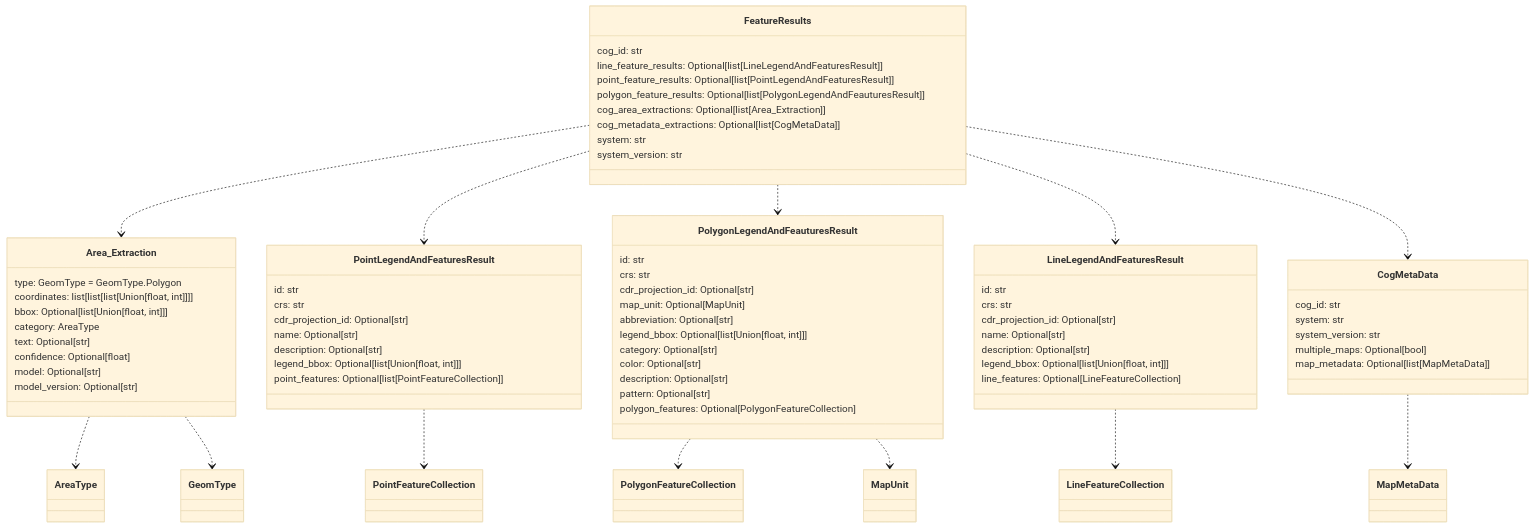
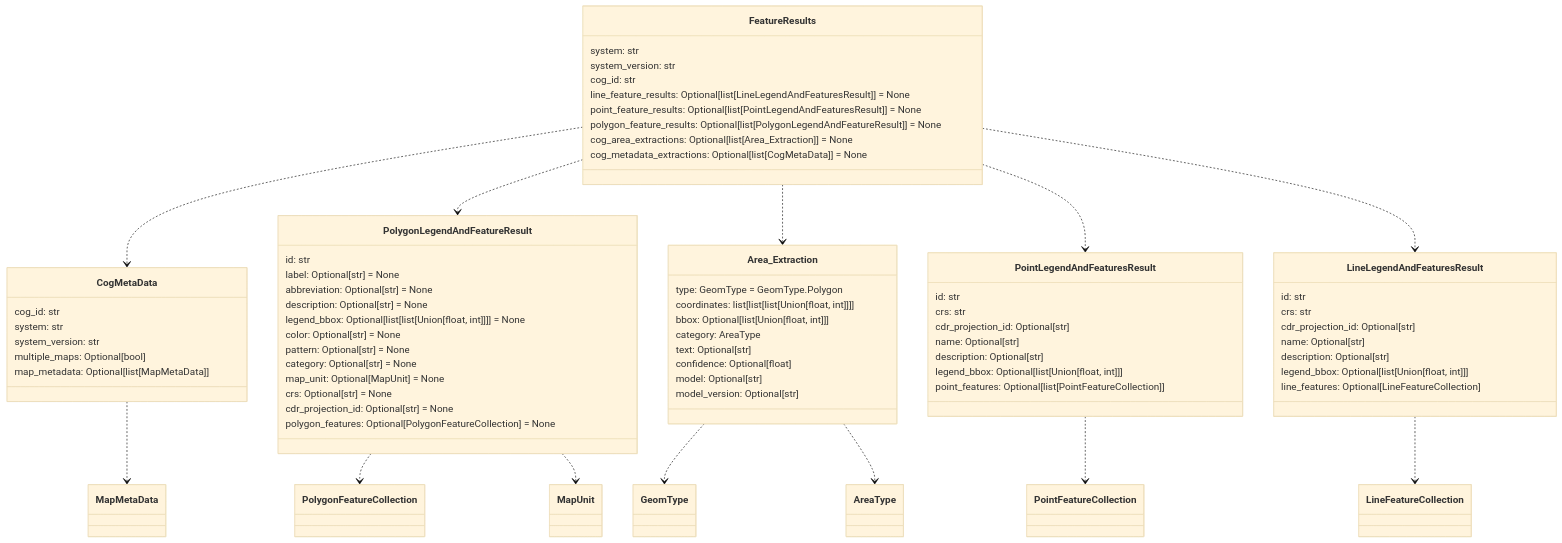
The fourth of 12 diagrams in README.md (DARPA-CRITICALMAAS/cdr_schemas), drawn with Mermaid (base theme) before and after one commit. The commit also changed other lines of this file and 2 other files, not shown here.

````diff
--- a/README.md
+++ b/README.md
@@ -251,82 +251,83 @@
 ```mermaid
 classDiagram
+
+    class FeatureResults {
+        system: str
+        system_version: str
+        cog_id: str
+        line_feature_results: Optional[list[LineLegendAndFeaturesResult]] = None
+        point_feature_results: Optional[list[PointLegendAndFeaturesResult]] = None
+        polygon_feature_results: Optional[list[PolygonLegendAndFeatureResult]] = None
+        cog_area_extractions: Optional[list[Area_Extraction]] = None
+        cog_metadata_extractions: Optional[list[CogMetaData]] = None
+    }
+
+    class CogMetaData {
+        cog_id: str
+        system: str
+        system_version: str
+        multiple_maps: Optional[bool]
+        map_metadata: Optional[list[MapMetaData]]
+    }
+
+    class PolygonLegendAndFeatureResult {
+        id: str
+        label: Optional[str] = None
+        abbreviation: Optional[str] = None
+        description: Optional[str] = None
+        legend_bbox: Optional[list[list[Union[float, int]]]] = None
+        color: Optional[str] = None
+        pattern: Optional[str] = None
+        category: Optional[str] = None
+        map_unit: Optional[MapUnit] = None
+        crs: Optional[str] = None
+        cdr_projection_id: Optional[str] = None
+        polygon_features: Optional[PolygonFeatureCollection] = None
+    }
 
     class Area_Extraction {
         type: GeomType = GeomType.Polygon
         coordinates: list[list[list[Union[float, int]]]]
         bbox: Optional[list[Union[float, int]]]
         category: AreaType
         text: Optional[str]
         confidence: Optional[float]
         model: Optional[str]
         model_version: Optional[str]
     }
 
     class PointLegendAndFeaturesResult {
         id: str
         crs: str
         cdr_projection_id: Optional[str]
         name: Optional[str]
         description: Optional[str]
         legend_bbox: Optional[list[Union[float, int]]]
         point_features: Optional[list[PointFeatureCollection]]
     }
 
-    class PolygonLegendAndFeauturesResult {
-        id: str
-        crs: str
-        cdr_projection_id: Optional[str]
-        map_unit: Optional[MapUnit]
-        abbreviation: Optional[str]
-        legend_bbox: Optional[list[Union[float, int]]]
-        category: Optional[str]
-        color: Optional[str]
-        description: Optional[str]
-        pattern: Optional[str]
-        polygon_features: Optional[PolygonFeatureCollection]
-    }
-
     class LineLegendAndFeaturesResult {
         id: str
         crs: str
         cdr_projection_id: Optional[str]
         name: Optional[str]
         description: Optional[str]
         legend_bbox: Optional[list[Union[float, int]]]
         line_features: Optional[LineFeatureCollection]
     }
 
-    class FeatureResults {
-        cog_id: str
-        line_feature_results: Optional[list[LineLegendAndFeaturesResult]]
-        point_feature_results: Optional[list[PointLegendAndFeaturesResult]]
-        polygon_feature_results: Optional[list[PolygonLegendAndFeauturesResult]]
-        cog_area_extractions: Optional[list[Area_Extraction]]
-        cog_metadata_extractions: Optional[list[CogMetaData]]
-        system: str
-        system_version: str
-    }
-
-    class CogMetaData {
-        cog_id: str
-        system: str
-        system_version: str
-        multiple_maps: Optional[bool]
-        map_metadata: Optional[list[MapMetaData]]
-    }
-
+    Area_Extraction ..> GeomType
     Area_Extraction ..> AreaType
-    Area_Extraction ..> GeomType
     LineLegendAndFeaturesResult ..> LineFeatureCollection
     PointLegendAndFeaturesResult ..> PointFeatureCollection
-    PolygonLegendAndFeauturesResult ..> PolygonFeatureCollection
-    PolygonLegendAndFeauturesResult ..> MapUnit
+    PolygonLegendAndFeatureResult ..> PolygonFeatureCollection
+    PolygonLegendAndFeatureResult ..> MapUnit
     CogMetaData ..> MapMetaData
+    FeatureResults ..> CogMetaData
+    FeatureResults ..> PolygonLegendAndFeatureResult
     FeatureResults ..> Area_Extraction
     FeatureResults ..> PointLegendAndFeaturesResult
-    FeatureResults ..> PolygonLegendAndFeauturesResult
     FeatureResults ..> LineLegendAndFeaturesResult
-    FeatureResults ..> CogMetaData
 
 
 ```
````
